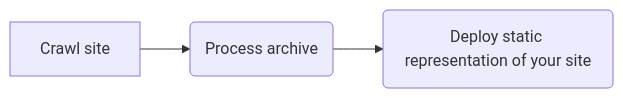
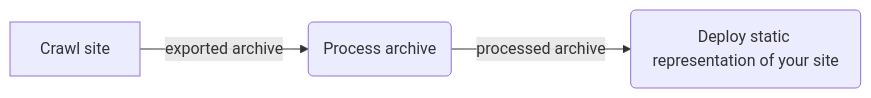
One commit to leonstafford/wp-static-site-generator-documentation changed the diagram in content/deploying/_index.en.md. Above: the diagram before and after it, drawn with Mermaid.

Commit message:
better visualize deploy process

```diff
--- a/content/deploying/_index.en.md
+++ b/content/deploying/_index.en.md
@@ -10,5 +10,5 @@
 {{<mermaid align="left">}}
 graph LR;
-	A[Crawl site] --> B(Process archive)
-    B --> C(Deploy static representation of your site)
+	A[Crawl site] -->|exported archive| B(Process archive)
+    B -->|processed archive| C(Deploy static representation of your site)
 {{< /mermaid >}}
```
